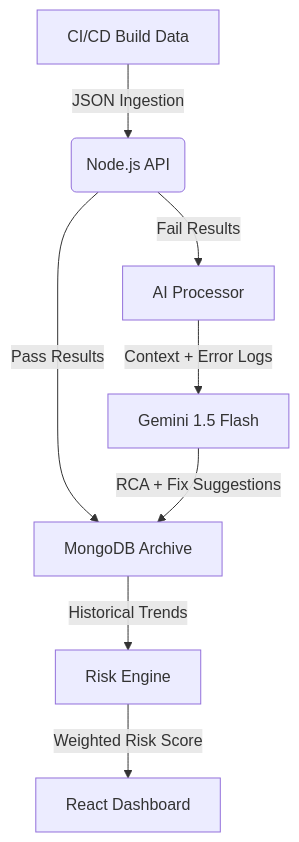
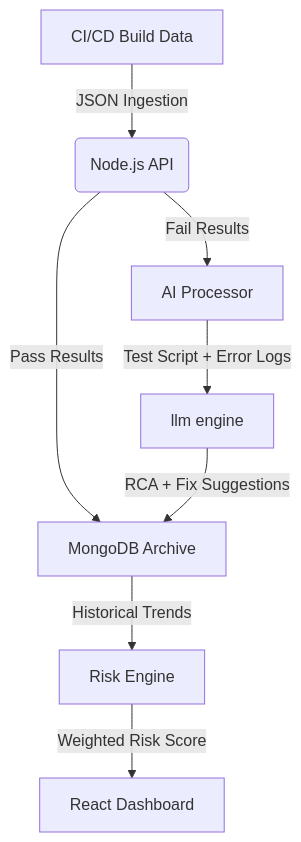
One commit to amitthakur003/PredictiveQA changed the diagram in README.md. Above: the diagram before and after it, drawn with Mermaid. The commit also changed other lines of this file, not shown here.

Commit message:
Update README with new AI Engine and installation details

````diff
--- a/README.md
+++ b/README.md
@@ -27,11 +27,11 @@
 ```mermaid
 graph TD
     A[CI/CD Build Data] -->|JSON Ingestion| B(Node.js API)
     B -->|Pass Results| C[MongoDB Archive]
     B -->|Fail Results| D[AI Processor]
-    D -->|Context + Error Logs| E[Gemini 1.5 Flash]
+    D -->|Test Script + Error Logs| E[llm engine]
     E -->|RCA + Fix Suggestions| C
     C -->|Historical Trends| F[Risk Engine]
     F -->|Weighted Risk Score| G[React Dashboard]
 
 ```
````
